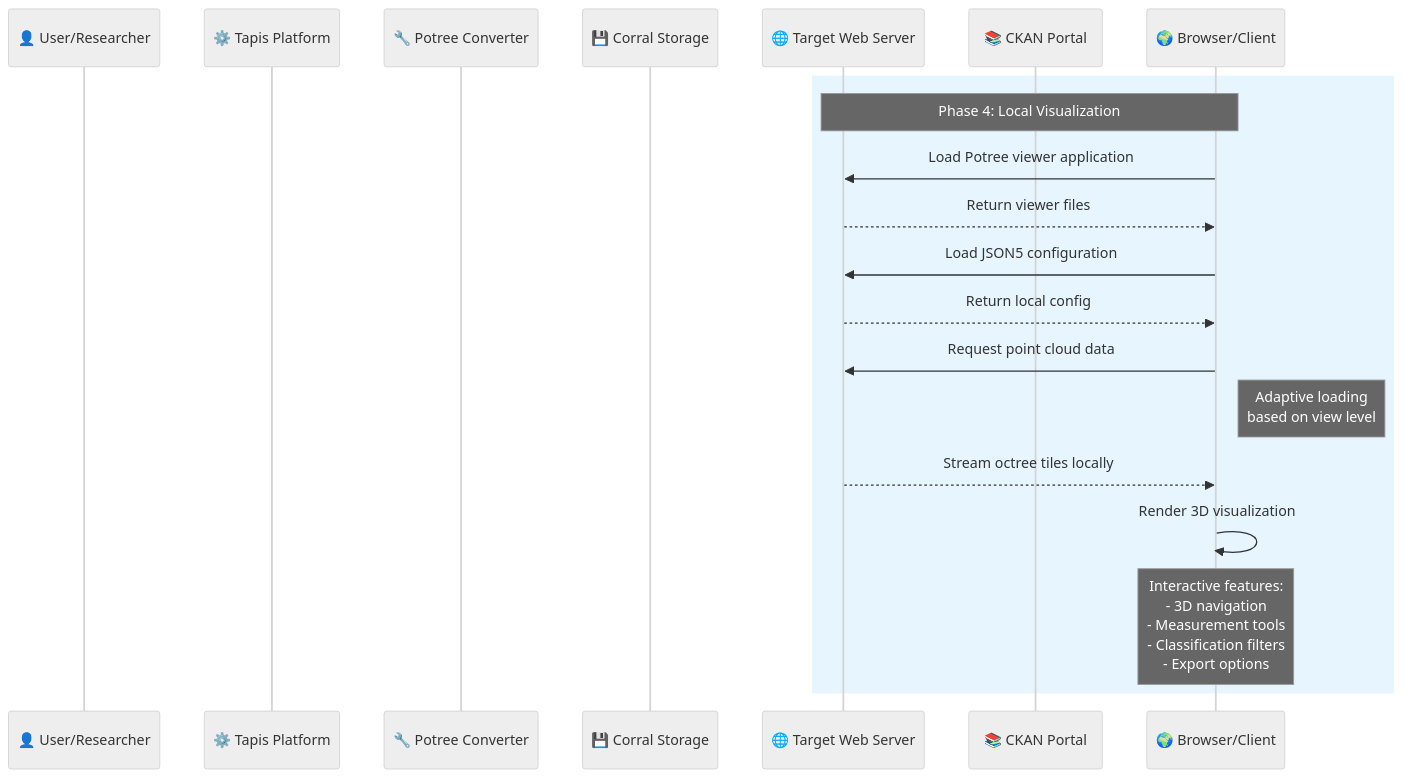
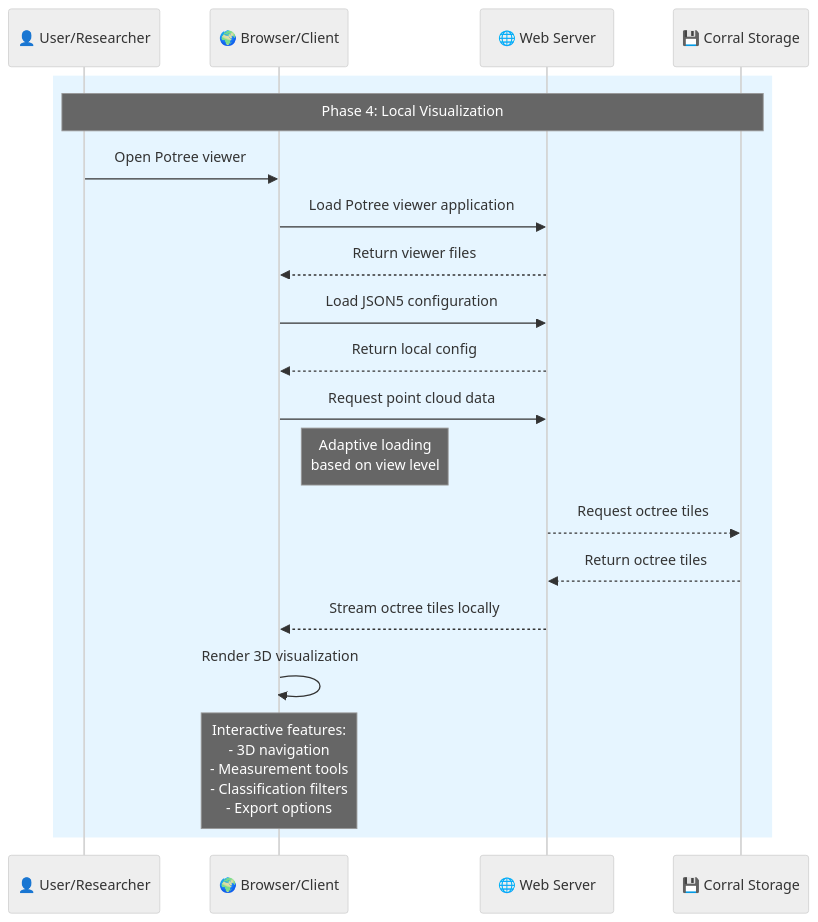
One commit to In-For-Disaster-Analytics/potree changed the fourth of 5 diagrams in README-pipeline.md. Above: the diagram before and after it, drawn with Mermaid. The commit also changed other lines of this file, not shown here.

Commit message:
fix: update sequence diagram for DataX integration and clarify user actions

````diff
--- a/README-pipeline.md
+++ b/README-pipeline.md
@@ -263,29 +271,30 @@
 ```mermaid
 %%{ init : { "theme" : "neutral", "themeVariables" : { "primaryColor" : "#fff", "primaryTextColor" : "#000", "primaryBorderColor" : "#000", "lineColor" : "#000", "secondaryColor" : "#f8f8f8", "tertiaryColor" : "#f0f0f0" }}}%%
 sequenceDiagram
     participant User as 👤 User/Researcher
-    participant Tapis as ⚙️ Tapis Platform
-    participant Potree as 🔧 Potree Converter
+    participant Browser as 🌍 Browser/Client
+    participant Target as 🌐 Web Server
     participant Corral as 💾 Corral Storage
-    participant Target as 🌐 Target Web Server
-    participant CKAN as 📚 CKAN Portal
-    participant Browser as 🌍 Browser/Client
 
     %% Visualization Phase
     rect rgb(230, 245, 255)
-        Note over Browser,Target: Phase 4: Local Visualization
+        Note over User,Corral: Phase 4: Local Visualization
+        User->>Browser: Open Potree viewer
         Browser->>Target: Load Potree viewer application
         Target-->>Browser: Return viewer files
 
         Browser->>Target: Load JSON5 configuration
         Target-->>Browser: Return local config
 
         Browser->>Target: Request point cloud data
+
         Note right of Browser: Adaptive loading<br/>based on view level
 
+        Target-->>Corral: Request octree tiles
+        Corral-->>Target: Return octree tiles
         Target-->>Browser: Stream octree tiles locally
         Browser->>Browser: Render 3D visualization
 
         Note over Browser: Interactive features:<br/>- 3D navigation<br/>- Measurement tools<br/>- Classification filters<br/>- Export options
     end
 ```
````
